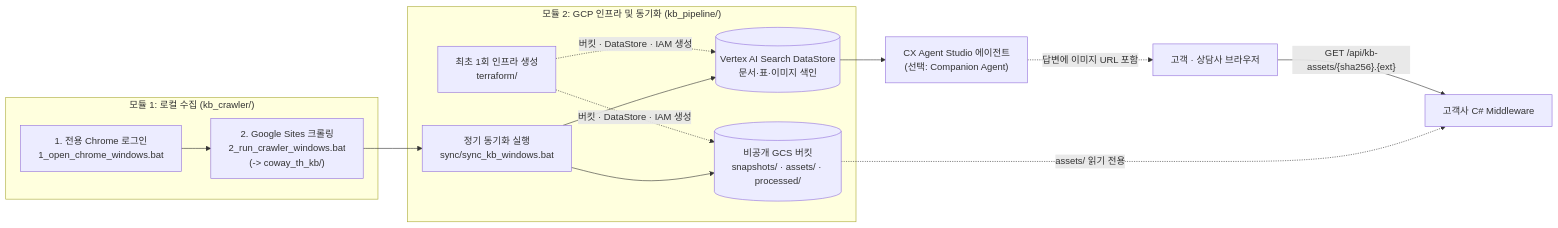
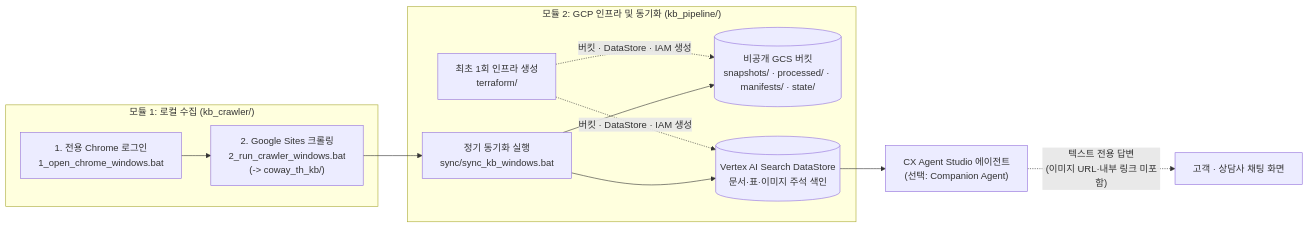
The diagram in README.md (ryanahn96/kb-crawler), drawn with Mermaid before and after one commit. The commit also changed other lines of this file and 14 other files, not shown here.

````diff
--- a/README.md
+++ b/README.md
@@ -15,23 +15,21 @@
 ```mermaid
 flowchart LR
     subgraph CRAWLER["모듈 1: 로컬 수집 (kb_crawler/)"]
         B1["1. 전용 Chrome 로그인<br/>1_open_chrome_windows.bat"] --> B2["2. Google Sites 크롤링<br/>2_run_crawler_windows.bat<br/>(-> coway_th_kb/)"]
     end
 
     subgraph PIPELINE["모듈 2: GCP 인프라 및 동기화 (kb_pipeline/)"]
         TF["최초 1회 인프라 생성<br/>terraform/"]
         SYNC["정기 동기화 실행<br/>sync/sync_kb_windows.bat"]
-        GCS[("비공개 GCS 버킷<br/>snapshots/ · assets/ · processed/")]
-        DS[("Vertex AI Search DataStore<br/>문서·표·이미지 색인")]
+        GCS[("비공개 GCS 버킷<br/>snapshots/ · processed/ · manifests/ · state/")]
+        DS[("Vertex AI Search DataStore<br/>문서·표·이미지 주석 색인")]
     end
 
     B2 --> SYNC
     TF -. "버킷 · DataStore · IAM 생성" .-> GCS
     TF -. "버킷 · DataStore · IAM 생성" .-> DS
     SYNC --> GCS
     SYNC --> DS
     DS --> AG["CX Agent Studio 에이전트<br/>(선택: Companion Agent)"]
-    AG -. "답변에 이미지 URL 포함" .-> UI["고객 · 상담사 브라우저"]
-    UI -->|"GET /api/kb-assets/{sha256}.{ext}"| MW["고객사 C# Middleware"]
-    GCS -. "assets/ 읽기 전용" .-> MW
+    AG -. "텍스트 전용 답변<br/>(이미지 URL·내부 링크 미포함)" .-> UI["고객 · 상담사 채팅 화면"]
 ```
````
